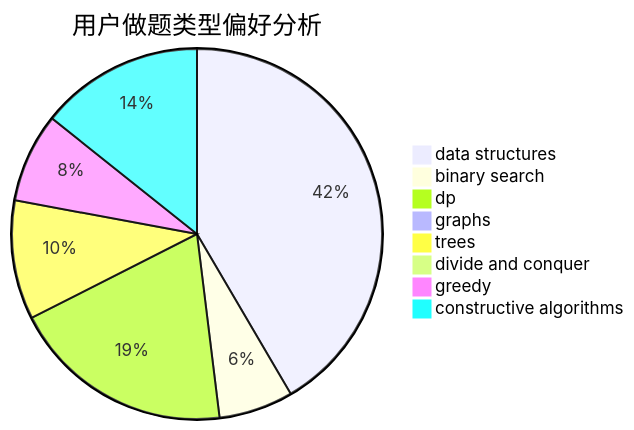
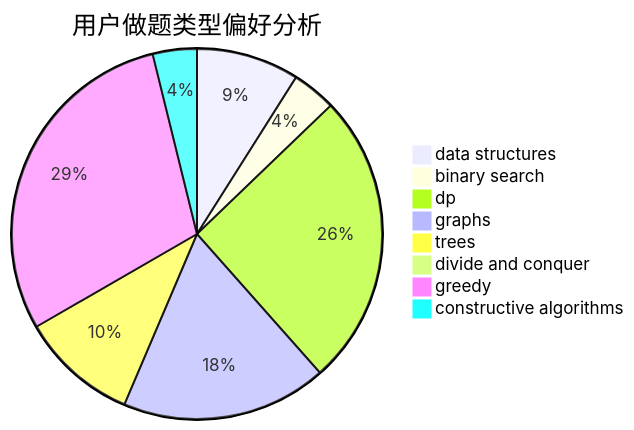
One commit to sherpahu/cfrs.github.io changed the second of 3 diagrams in docs/user/u2656.md. Above: the diagram before and after it, drawn with Mermaid. The commit also changed other lines of this file and 2770 other files, not shown here.

````diff
--- a/docs/user/u2656.md
+++ b/docs/user/u2656.md
@@ -23,11 +23,11 @@
 ```mermaid
 pie title 用户做题类型偏好分析
-    "data structures" :  32
-    "binary search" :  5
-    "dp" :  15
-    "graphs" :  0
+    "data structures" :  7
+    "binary search" :  3
+    "dp" :  20
+    "graphs" :  14
     "trees" :  8
     "divide and conquer" :  0
-    "greedy" :  6
-    "constructive algorithms" :  11
+    "greedy" :  23
+    "constructive algorithms" :  3
 ```
````
